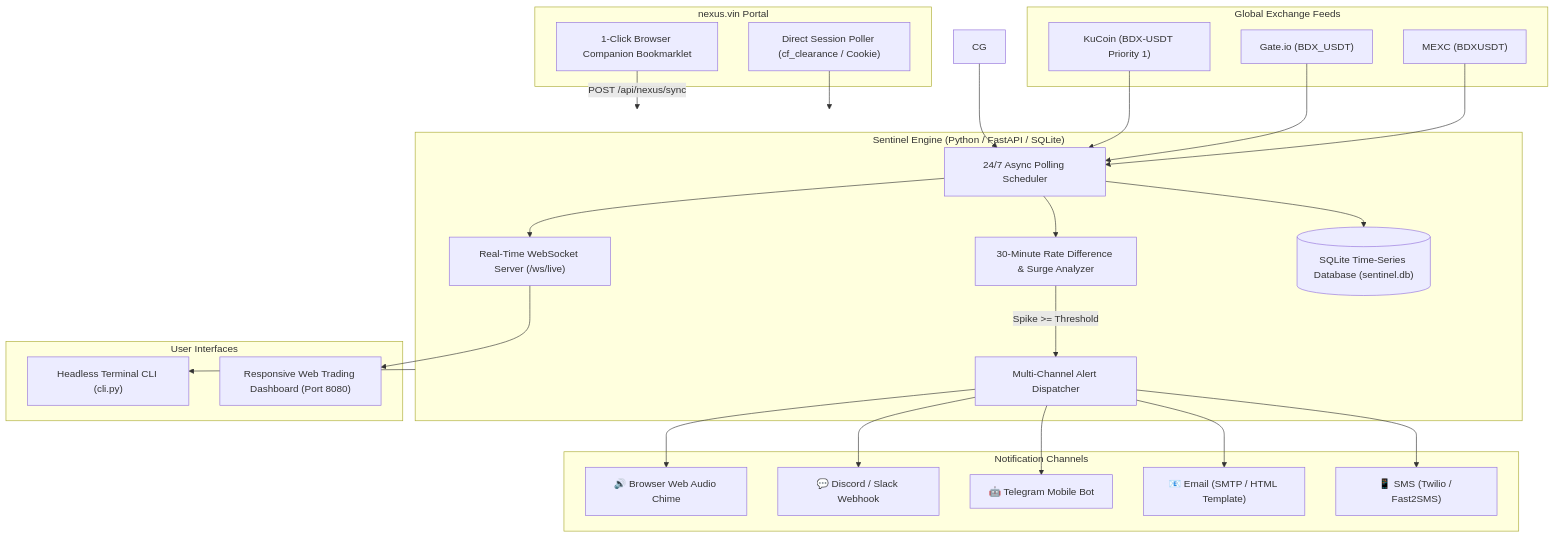
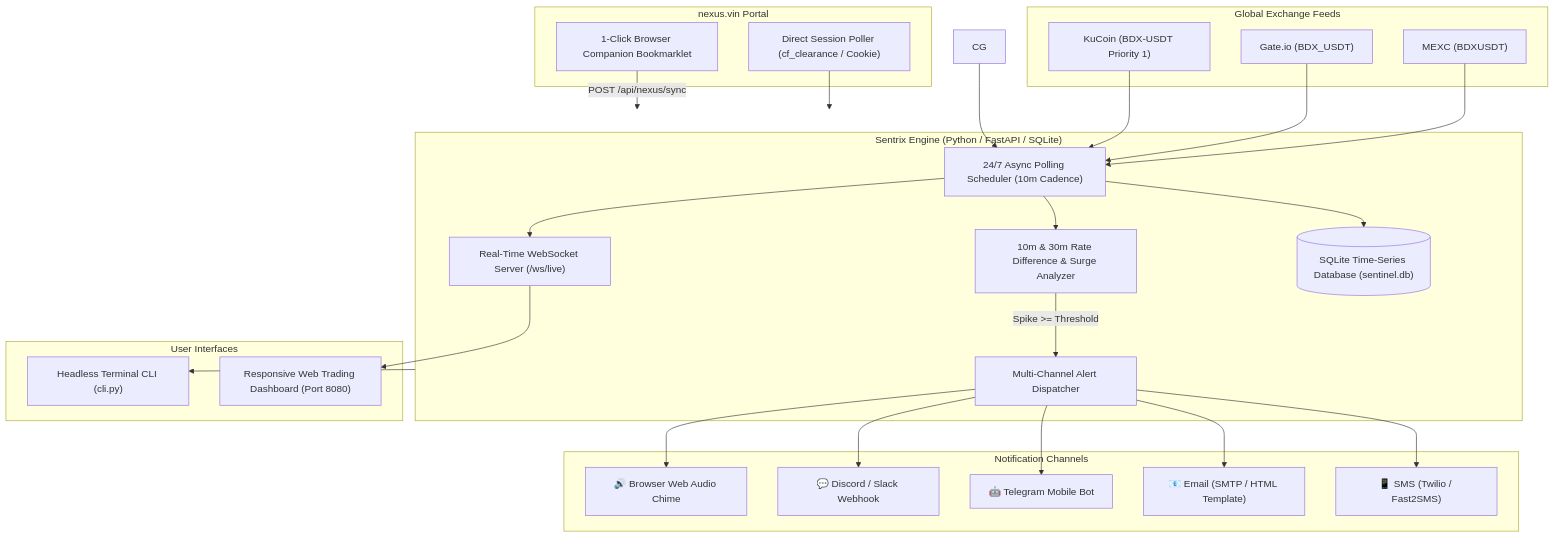
Before and after one commit to Nishanth2312/beldex-nexus-rate-sentinel: the diagram in README.md, drawn with Mermaid. The commit also changed other lines of this file and 10 other files, not shown here.

````diff
--- a/README.md
+++ b/README.md
@@ -53,54 +65,54 @@
 ```mermaid
 flowchart TD
     subgraph Market_Feeds ["Global Exchange Feeds"]
         KC["KuCoin (BDX-USDT Priority 1)"]
         GK["Gate.io (BDX_USDT)"]
         MX["MEXC (BDXUSDT)"]
     end
 
     subgraph Nexus_Vin ["nexus.vin Portal"]
         CB["1-Click Browser Companion Bookmarklet"]
         DS["Direct Session Poller (cf_clearance / Cookie)"]
     end
 
-    subgraph Sentinel_Core ["Sentinel Engine (Python / FastAPI / SQLite)"]
-        SCHED["24/7 Async Polling Scheduler"]
+    subgraph Sentrix_Core ["Sentrix Engine (Python / FastAPI / SQLite)"]
+        SCHED["24/7 Async Polling Scheduler (10m Cadence)"]
         DB[("SQLite Time-Series Database (sentinel.db)")]
-        ANA["30-Minute Rate Difference & Surge Analyzer"]
+        ANA["10m & 30m Rate Difference & Surge Analyzer"]
         NOTIF["Multi-Channel Alert Dispatcher"]
         WS["Real-Time WebSocket Server (/ws/live)"]
     end
 
     subgraph User_Alerts ["Notification Channels"]
         SMS["📱 SMS (Twilio / Fast2SMS)"]
         MAIL["📧 Email (SMTP / HTML Template)"]
         TG["🤖 Telegram Mobile Bot"]
         DC["💬 Discord / Slack Webhook"]
         AUD["🔊 Browser Web Audio Chime"]
     end
 
     subgraph UI ["User Interfaces"]
         DASH["Responsive Web Trading Dashboard (Port 8080)"]
         CLI["Headless Terminal CLI (cli.py)"]
     end
 
     GK --> SCHED
     KC --> SCHED
     CG --> SCHED
     MX --> SCHED
-    CB -->|POST /api/nexus/sync| Sentinel_Core
-    DS --> Sentinel_Core
+    CB -->|POST /api/nexus/sync| Sentrix_Core
+    DS --> Sentrix_Core
 
     SCHED --> DB
     SCHED --> ANA
     ANA -->|Spike >= Threshold| NOTIF
     NOTIF --> SMS
     NOTIF --> MAIL
     NOTIF --> TG
     NOTIF --> DC
     NOTIF --> AUD
 
     SCHED --> WS
     WS --> DASH
-    Sentinel_Core --> CLI
+    Sentrix_Core --> CLI
 ```
````
